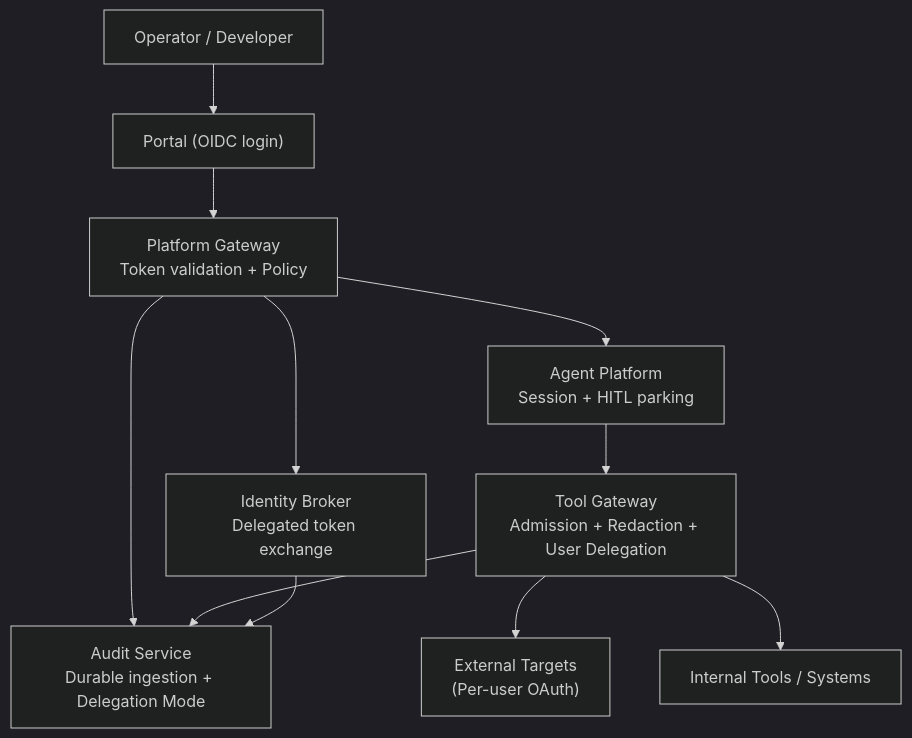
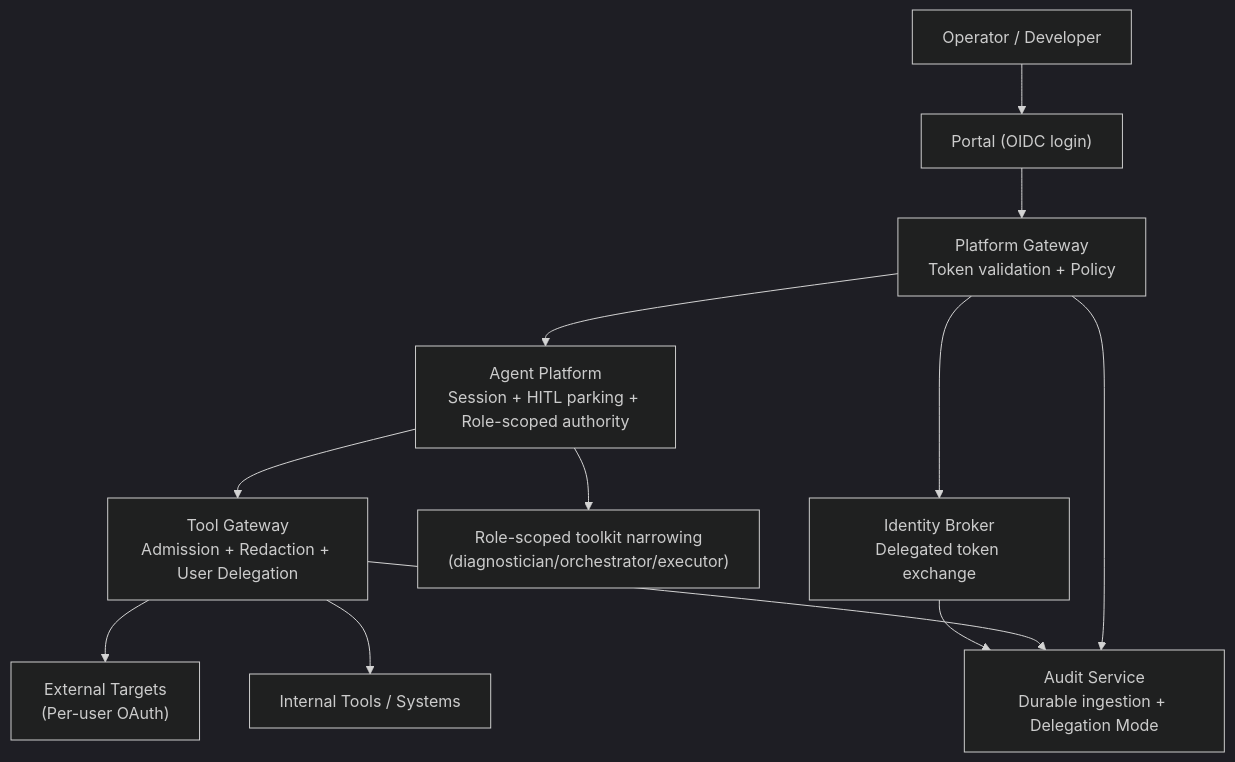
One commit to metasync/luban-aiops changed the first of 14 diagrams in .qoder/repowiki/en/content/Security and Authorization/Security and Authorization.md. Above: the diagram before and after it, drawn with Mermaid (dark theme). The commit also changed other lines of this file and 22 other files, not shown here.

````diff
--- a/.qoder/repowiki/en/content/Security and Authorization/Security and Authorization.md
+++ b/.qoder/repowiki/en/content/Security and Authorization/Security and Authorization.md
@@ -67,13 +72,14 @@
 ```mermaid
 graph TB
 User["Operator / Developer"] --> Portal["Portal (OIDC login)"]
 Portal --> Gateway["Platform Gateway<br/>Token validation + Policy"]
 Gateway --> Broker["Identity Broker<br/>Delegated token exchange"]
-Gateway --> Agent["Agent Platform<br/>Session + HITL parking"]
+Gateway --> Agent["Agent Platform<br/>Session + HITL parking + Role-scoped authority"]
+Agent --> Toolkit["Role-scoped toolkit narrowing<br/>(diagnostician/orchestrator/executor)"]
 Agent --> ToolGW["Tool Gateway<br/>Admission + Redaction + User Delegation"]
 ToolGW --> ExternalTargets["External Targets<br/>(Per-user OAuth)"]
 ToolGW --> Tools["Internal Tools / Systems"]
 Gateway --> Audit["Audit Service<br/>Durable ingestion + Delegation Mode"]
 ToolGW --> Audit
 Broker --> Audit
 ```
````
